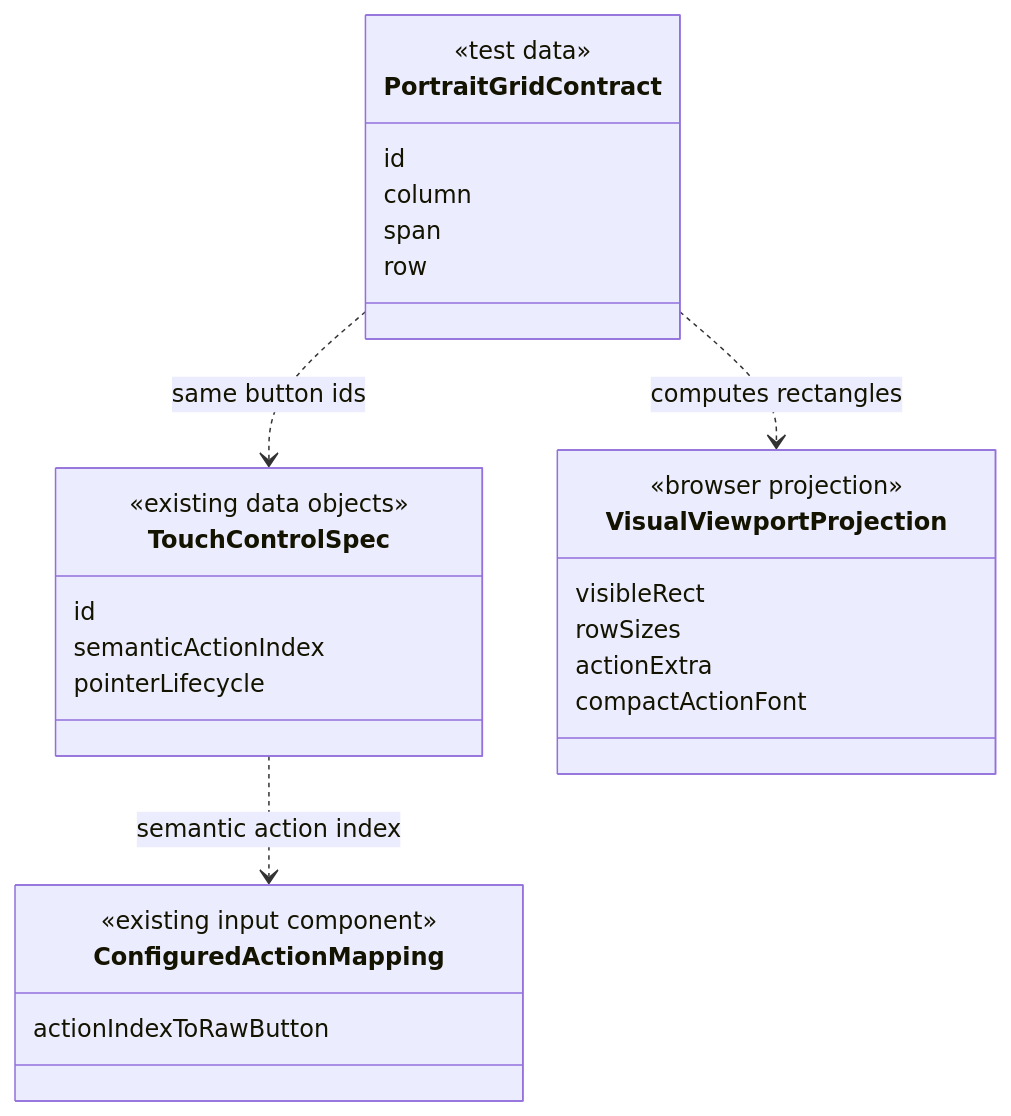
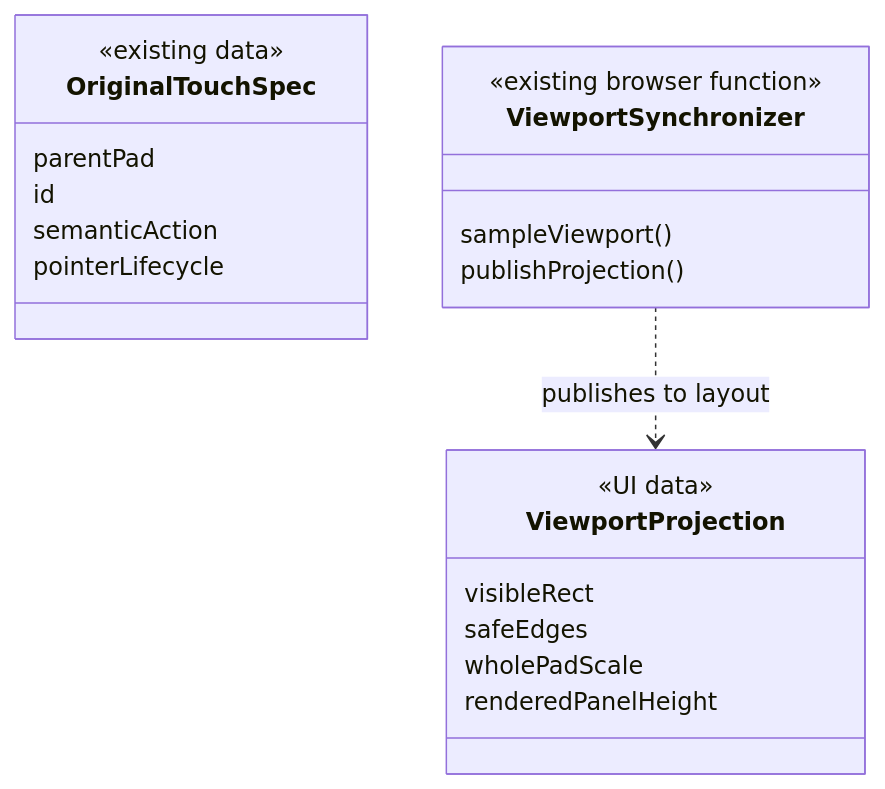
One commit to shiromac/gensoukyougensounikki changed the fifth of 5 diagrams in docs/design/portrait-visual-viewport-fit/design.md. Above: the diagram before and after it, drawn with Mermaid. The commit also changed other lines of this file and 5 other files, not shown here.

Commit message:
fix: restore authored two-pad touch layout

````diff
--- a/docs/design/portrait-visual-viewport-fit/design.md
+++ b/docs/design/portrait-visual-viewport-fit/design.md
@@ -198,30 +135,23 @@
 ```mermaid
 classDiagram
-    class TouchControlSpec {
-        <<existing data objects>>
+    class OriginalTouchSpec {
+        <<existing data>>
+        parentPad
         id
-        semanticActionIndex
+        semanticAction
         pointerLifecycle
     }
-    class PortraitGridContract {
-        <<test data>>
-        id
-        column
-        span
-        row
+    class ViewportProjection {
+        <<UI data>>
+        visibleRect
+        safeEdges
+        wholePadScale
+        renderedPanelHeight
     }
-    class VisualViewportProjection {
-        <<browser projection>>
-        visibleRect
-        rowSizes
-        actionExtra
-        compactActionFont
+    class ViewportSynchronizer {
+        <<existing browser function>>
+        sampleViewport()
+        publishProjection()
     }
-    class ConfiguredActionMapping {
-        <<existing input component>>
-        actionIndexToRawButton
-    }
-    PortraitGridContract ..> TouchControlSpec : same button ids
-    PortraitGridContract ..> VisualViewportProjection : computes rectangles
-    TouchControlSpec ..> ConfiguredActionMapping : semantic action index
+    ViewportSynchronizer ..> ViewportProjection : publishes to layout
 ```
````
